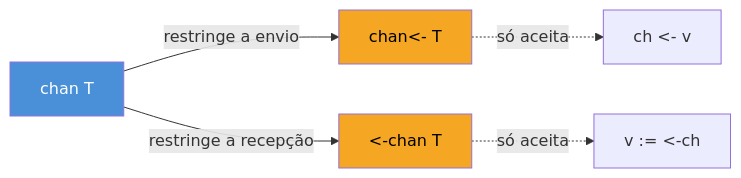
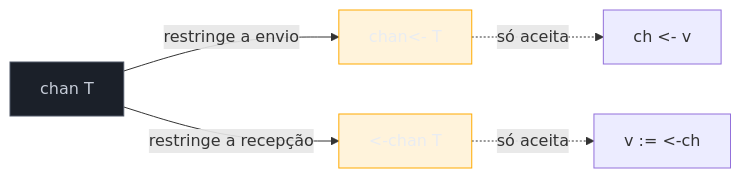
Before and after one commit to josenaldo/codex-technomanticus: the first of 2 diagrams in 03-Dominios/Tecnologia/Go/08 - Channels e select/04 - Direções de channel.md, drawn with Mermaid. The commit also changed other lines of this file and 1181 other files, not shown here.

First line of the commit message:
fix(diagramas): paleta do sistema no lugar de cor cravada no markdown

````diff
--- a/03-Dominios/Tecnologia/Go/08 - Channels e select/04 - Direções de channel.md
+++ b/03-Dominios/Tecnologia/Go/08 - Channels e select/04 - Direções de channel.md
@@ -51,12 +51,14 @@
 ```mermaid
 flowchart LR
+    classDef neutro fill:#1B2029,stroke:#4E5666,color:#C6CCD8
+    classDef destaque fill:#FFAA0024,stroke:#FFAA00,color:#E9ECF2
     A["chan T"] -->|"restringe a envio"| B["chan&lt;- T"]
     A -->|"restringe a recepção"| C["&lt;-chan T"]
 
     B -.->|"só aceita"| B2["ch &lt;- v"]
     C -.->|"só aceita"| C2["v := &lt;-ch"]
 
-    style A fill:#4A90D9,color:#fff
-    style B fill:#F5A623,color:#000
-    style C fill:#F5A623,color:#000
+    class A neutro
+    class B destaque
+    class C destaque
 ```
````
